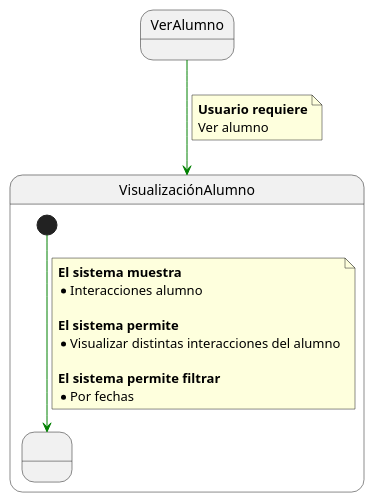
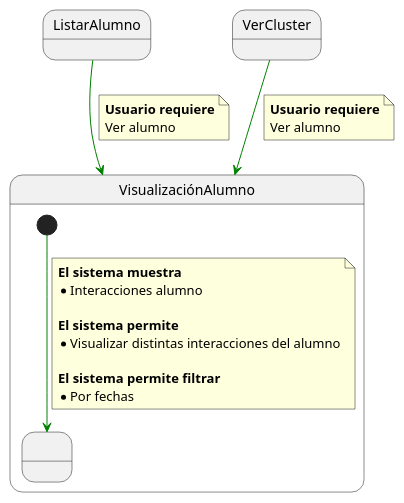
One commit to mmasias/IdSw1-22-23 changed the diagram in 000-entregas/Grupo1/DetalleCasosDeUso/VerAlumno.puml. Above: the diagram before and after it, drawn with PlantUML.

```diff
--- a/000-entregas/Grupo1/DetalleCasosDeUso/VerAlumno.puml
+++ b/000-entregas/Grupo1/DetalleCasosDeUso/VerAlumno.puml
@@ -1,35 +1,38 @@
 @startuml VerAlumno
 
-State VerAlumno
-
+State ListarAlumno
+State VerCluster
 
 State VisualizaciónAlumno{ 
 
   State state1 as " "
 
   [*] -[#green]-> state1
 
   note on link 
     <b>El sistema muestra
     * Interacciones alumno
 
     <b>El sistema permite
     * Visualizar distintas interacciones del alumno
 
     <b>El sistema permite filtrar
     * Por fechas
   end note
  
 
 } 
 
-VerAlumno-[#green]-> VisualizaciónAlumno
-
+ListarAlumno-[#green]-> VisualizaciónAlumno
+note on link
+ <b>Usuario requiere
+ Ver alumno
+end note
+VerCluster-[#green]-> VisualizaciónAlumno
 note on link
  <b>Usuario requiere
  Ver alumno
 end note
 
 
-
 @enduml
```
